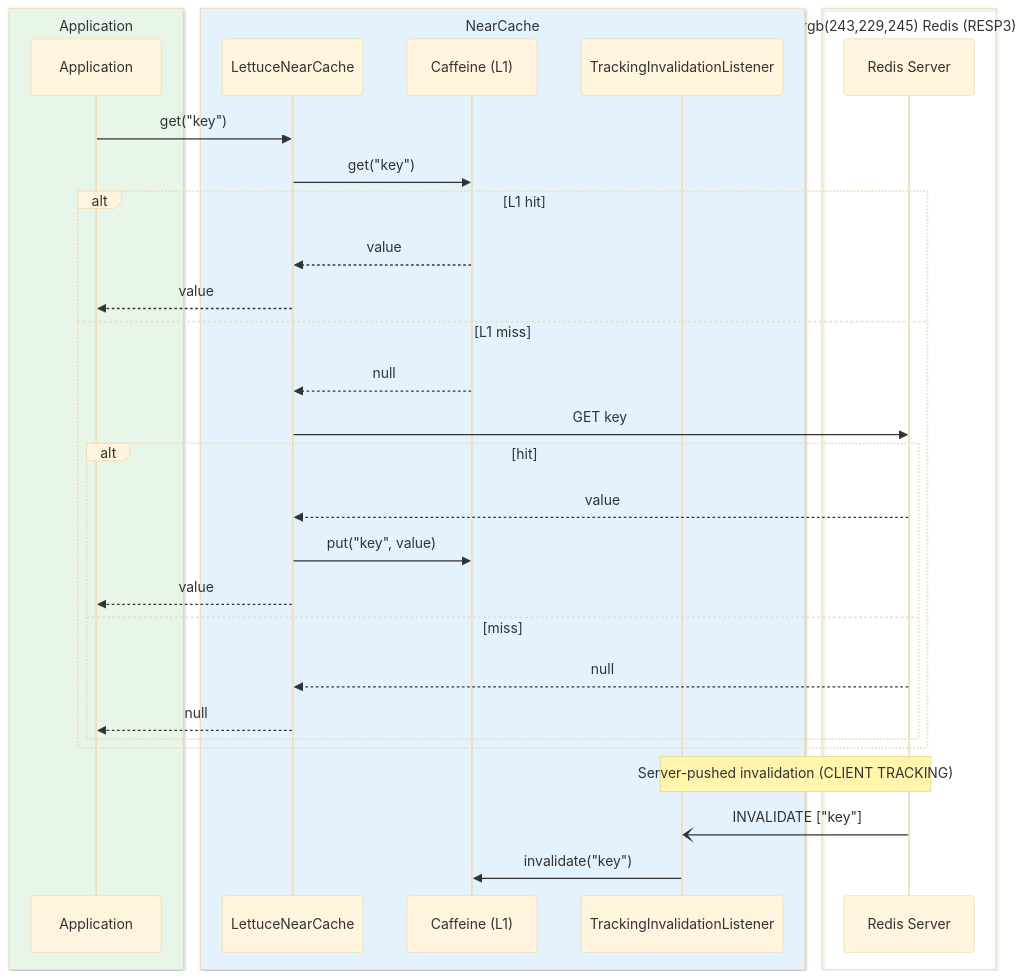
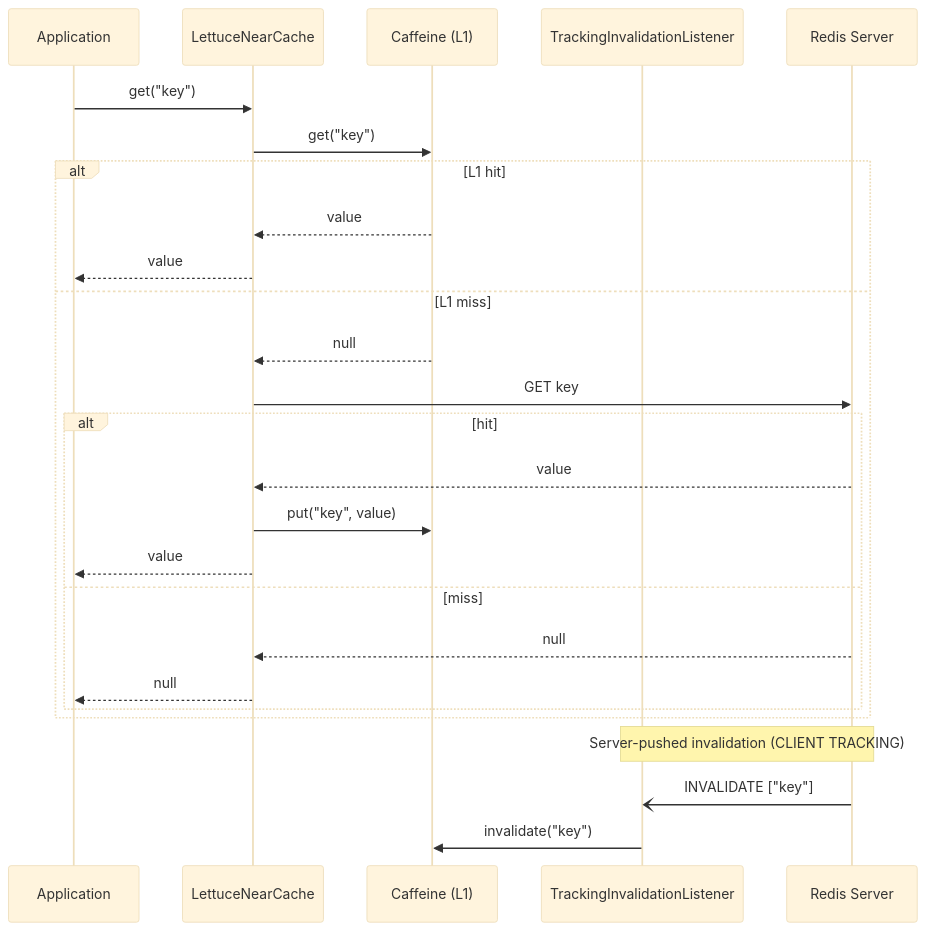
One commit to bluetape4k/bluetape4k-projects changed the second of 2 diagrams in infra/cache-lettuce/README.md. Above: the diagram before and after it, drawn with Mermaid (base theme). The commit also changed other lines of this file and 219 other files, not shown here.

First line of the commit message:
docs: 전체 README Mermaid 다이어그램 가이드 적용

````diff
--- a/infra/cache-lettuce/README.md
+++ b/infra/cache-lettuce/README.md
@@ -123,36 +123,30 @@
 ```mermaid
 sequenceDiagram
-    box rgb(232,245,233) Application
     participant App as Application
-    end
-    box rgb(227,242,253) NearCache
     participant NC as LettuceNearCache
     participant L1 as Caffeine (L1)
     participant TL as TrackingInvalidationListener
-    end
-    box rgb(243,229,245) Redis (RESP3)
     participant R as Redis Server
-    end
 
     App->>NC: get("key")
     NC->>L1: get("key")
     alt L1 hit
         L1-->>NC: value
         NC-->>App: value
     else L1 miss
         L1-->>NC: null
         NC->>R: GET key
         alt hit
             R-->>NC: value
             NC->>L1: put("key", value)
             NC-->>App: value
         else miss
             R-->>NC: null
             NC-->>App: null
         end
     end
 
     Note over R,TL: Server-pushed invalidation (CLIENT TRACKING)
     R-)TL: INVALIDATE ["key"]
     TL->>L1: invalidate("key")
 ```
````
